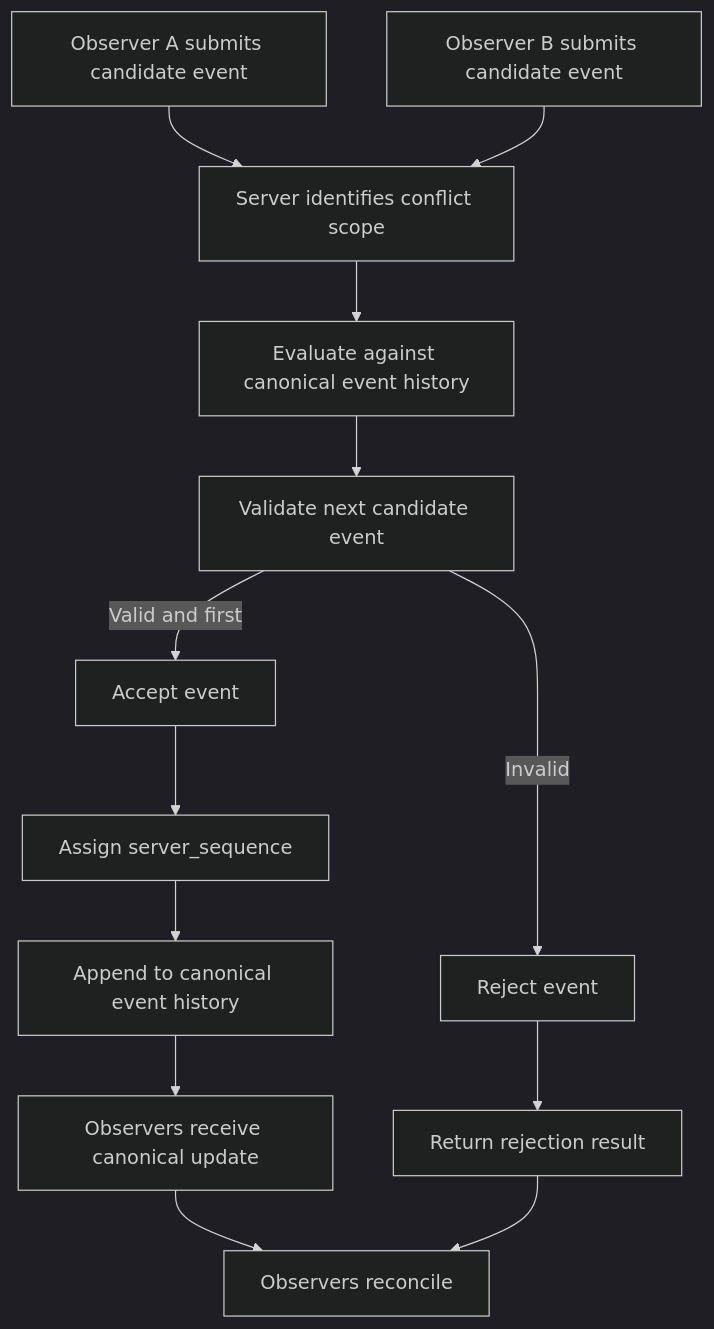
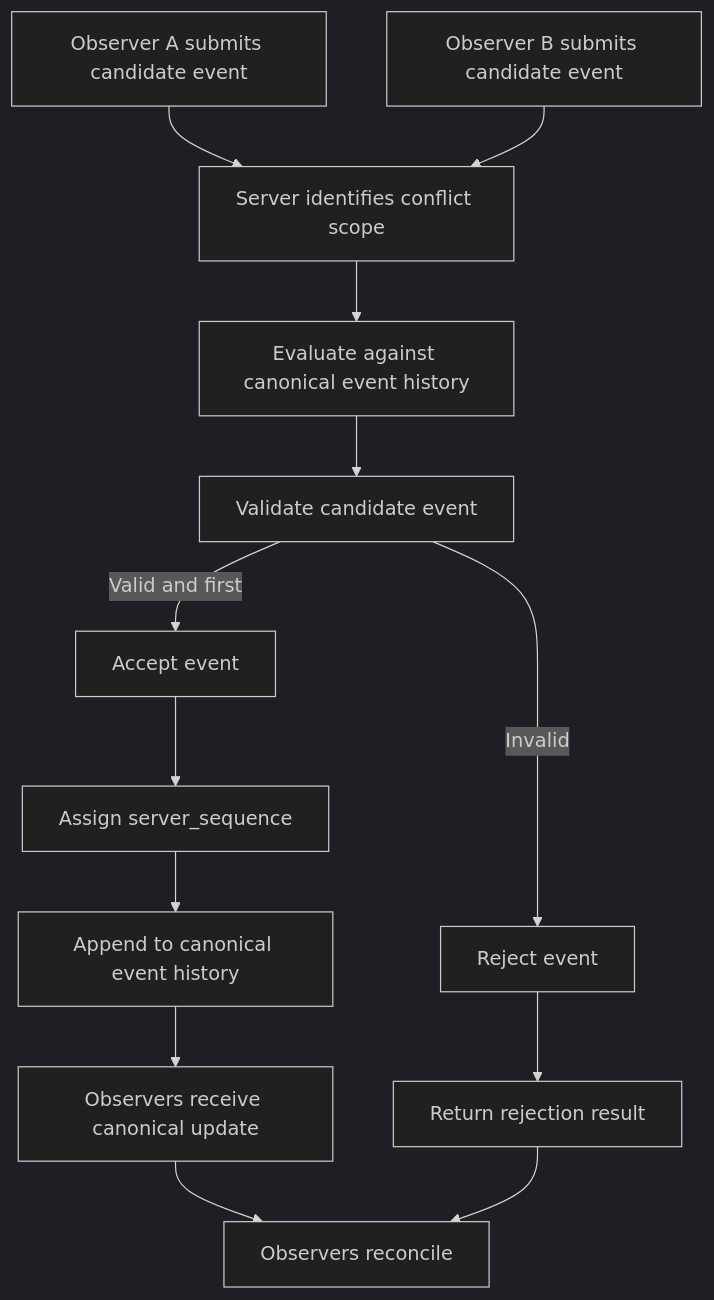
Before and after one commit to godofthunder101/crypsa-architecture: the diagram in diagrams/CrypSA_Conflict_Resolution.md, drawn with Mermaid (dark theme). The commit also changed other lines of this file, not shown here.

First line of the commit message:
Clarify conflict resolution terminology in diagram

`````diff
--- a/diagrams/CrypSA_Conflict_Resolution.md
+++ b/diagrams/CrypSA_Conflict_Resolution.md
@@ -22,22 +22,22 @@
 ```mermaid
 flowchart TD
 
 A[Observer A submits candidate event] --> C[Server identifies conflict scope]
 B[Observer B submits candidate event] --> C
 
 C --> D[Evaluate against canonical event history]
 
-D --> E[Validate next candidate event]
+D --> E[Validate candidate event]
 
 E -->|Valid and first| G[Accept event]
 E -->|Invalid| R1[Reject event]
 
 G --> H[Assign server_sequence]
 H --> I[Append to canonical event history]
 I --> J[Observers receive canonical update]
 
 J --> K[Observers reconcile]
 
 R1 --> L[Return rejection result]
 L --> K
 ````
`````
